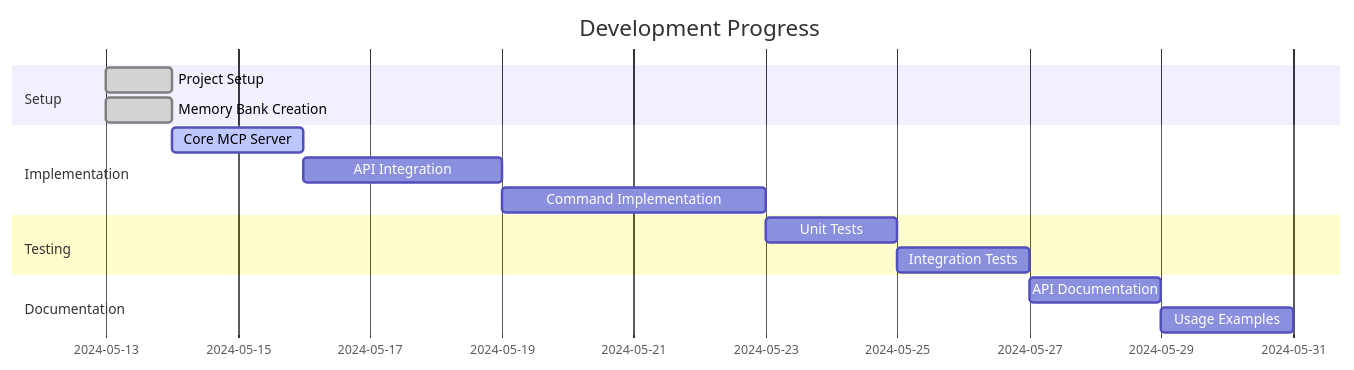
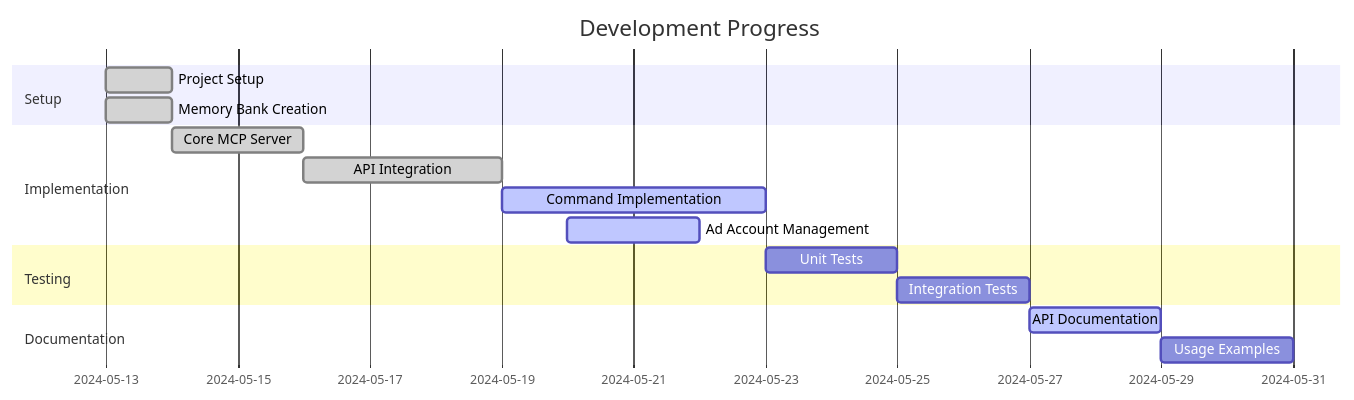
One commit to hafidsousa/meta-mcp changed the diagram in memory-bank/activeContext.md. Above: the diagram before and after it, drawn with Mermaid. The commit also changed other lines of this file and 9 other files, not shown here.

First line of the commit message:
feat: Enhance Facebook Marketing MCP Server with ad account management features

````diff
--- a/memory-bank/activeContext.md
+++ b/memory-bank/activeContext.md
@@ -48,18 +42,19 @@
 ```mermaid
 gantt
     title Development Progress
     dateFormat  YYYY-MM-DD
     section Setup
     Project Setup           :done, 2024-05-13, 1d
     Memory Bank Creation    :done, 2024-05-13, 1d
     section Implementation
-    Core MCP Server        :active, 2024-05-14, 2d
-    API Integration        :2024-05-16, 3d
-    Command Implementation :2024-05-19, 4d
+    Core MCP Server        :done, 2024-05-14, 2d
+    API Integration        :done, 2024-05-16, 3d
+    Command Implementation :active, 2024-05-19, 4d
+    Ad Account Management  :active, 2024-05-20, 2d
     section Testing
     Unit Tests            :2024-05-23, 2d
     Integration Tests     :2024-05-25, 2d
     section Documentation
-    API Documentation     :2024-05-27, 2d
+    API Documentation     :active, 2024-05-27, 2d
     Usage Examples        :2024-05-29, 2d
 ```
````
